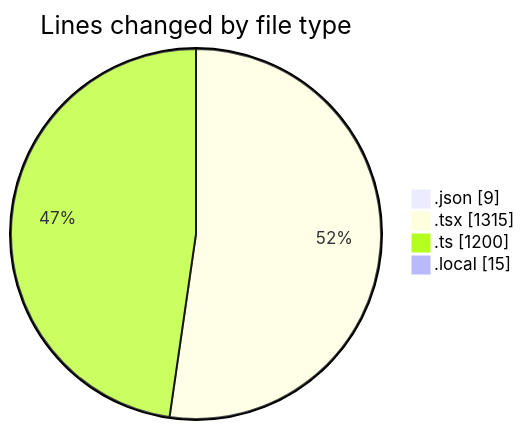
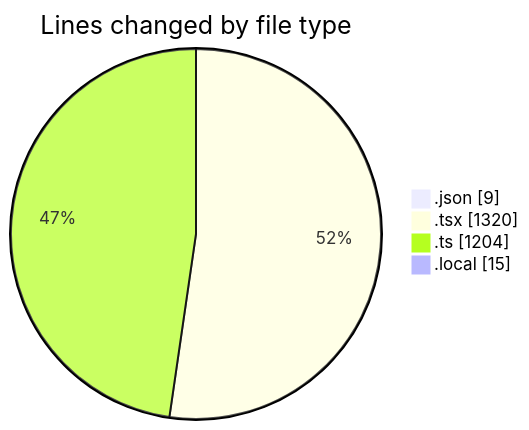
The first of 2 diagrams in 2025-10-27/eventscop-frontend-guide__workspace_/README.md (julien-gomy/code-tracking), drawn with Mermaid before and after one commit. The commit also changed other lines of this file and 1 other file, not shown here.

````diff
--- a/2025-10-27/eventscop-frontend-guide__workspace_/README.md
+++ b/2025-10-27/eventscop-frontend-guide__workspace_/README.md
@@ -31,8 +31,8 @@
 ```mermaid
 pie showData
 title Lines changed by file type
 ".json" : 9
-".tsx" : 1315
-".ts" : 1200
+".tsx" : 1320
+".ts" : 1204
 ".local" : 15
 ```
````
